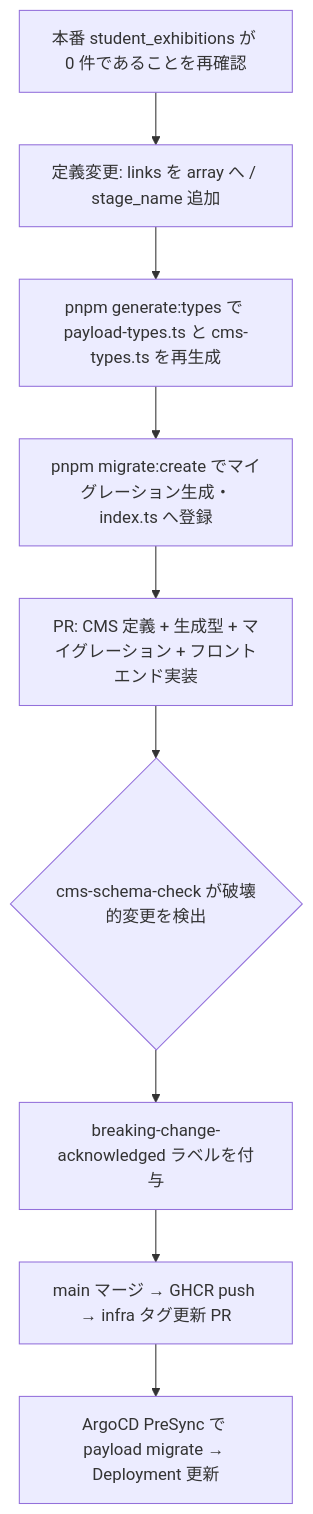
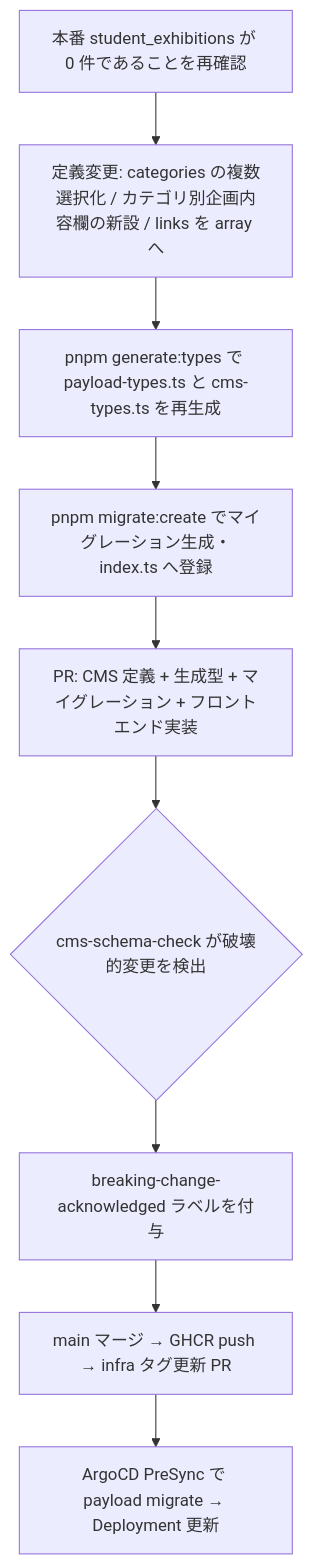
Before and after one commit to aramakisai/aramakisai-web: the sixth of 6 diagrams in .kiro/specs/exhibition-pages/design.md, drawn with Mermaid. The commit also changed other lines of this file and 2 other files, not shown here.

````diff
--- a/.kiro/specs/exhibition-pages/design.md
+++ b/.kiro/specs/exhibition-pages/design.md
@@ -766,11 +829,11 @@
 ```mermaid
 flowchart TD
-  A[本番 student_exhibitions が 0 件であることを再確認] --> B[定義変更: links を array へ / stage_name 追加]
+  A[本番 student_exhibitions が 0 件であることを再確認] --> B[定義変更: categories の複数選択化 / カテゴリ別企画内容欄の新設 / links を array へ]
   B --> B2[pnpm generate:types で payload-types.ts と cms-types.ts を再生成]
   B2 --> C[pnpm migrate:create でマイグレーション生成・index.ts へ登録]
   C --> D[PR: CMS 定義 + 生成型 + マイグレーション + フロントエンド実装]
   D --> E{cms-schema-check が破壊的変更を検出}
   E --> F[breaking-change-acknowledged ラベルを付与]
   F --> G[main マージ → GHCR push → infra タグ更新 PR]
   G --> H[ArgoCD PreSync で payload migrate → Deployment 更新]
 ```
````
